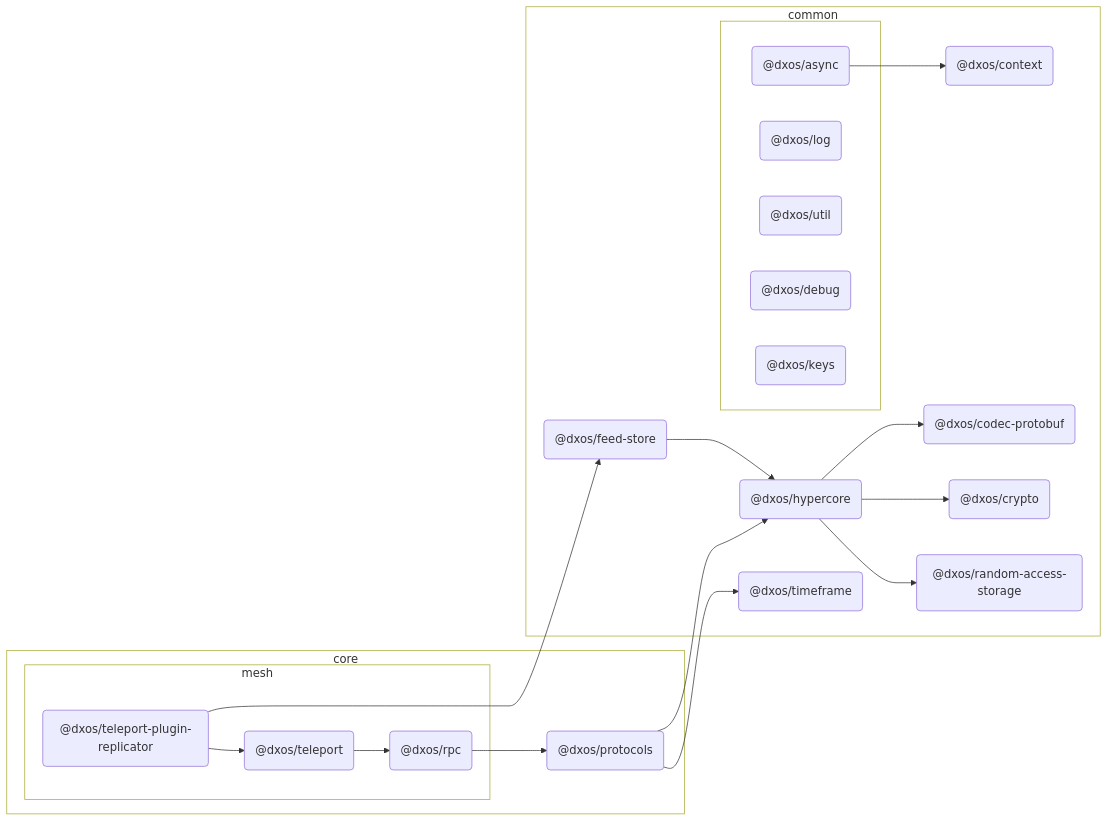
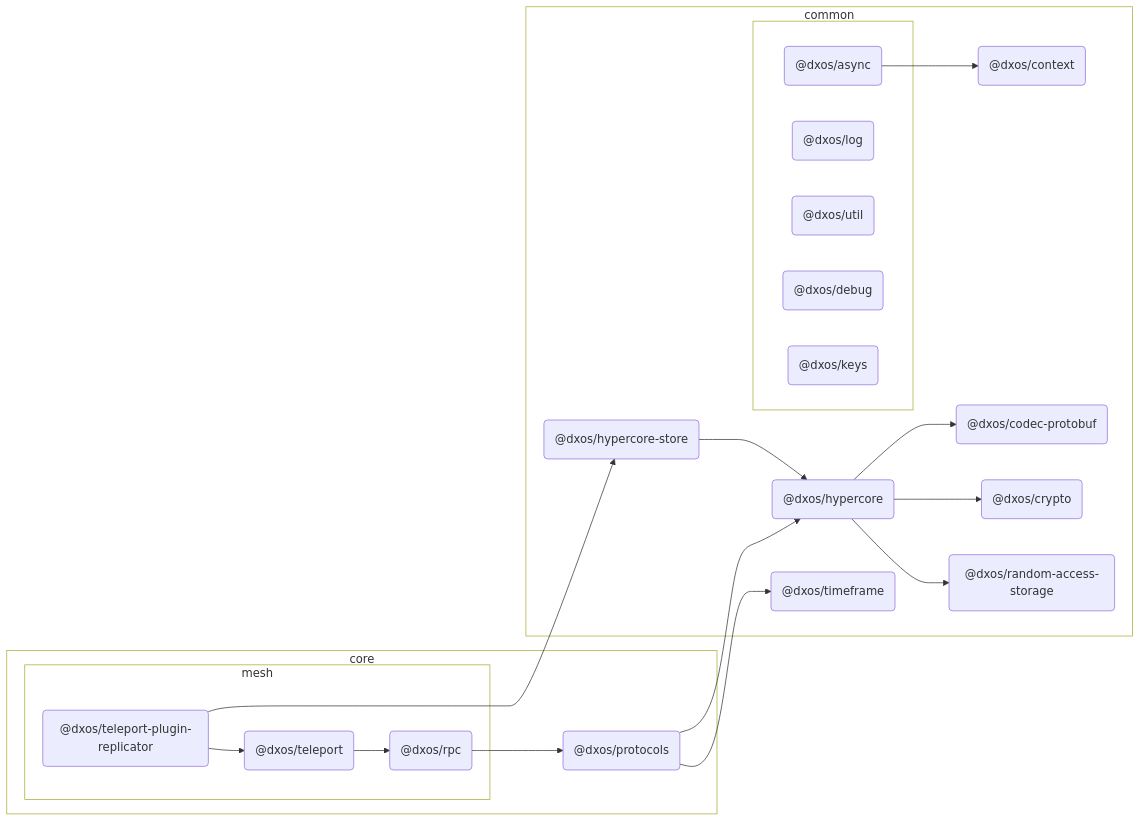
Before and after one commit to dxos/dxos: the diagram in packages/core/mesh/teleport-extension-replicator/docs/README.md, drawn with Mermaid. The commit also changed other lines of this file and 102 other files, not shown here.

First line of the commit message:
hypercore-store: rename hypercore feed naming to hypercore

````diff
--- a/packages/core/mesh/teleport-extension-replicator/docs/README.md
+++ b/packages/core/mesh/teleport-extension-replicator/docs/README.md
@@ -7,72 +7,72 @@
 ```mermaid
 %%{ init: {'flowchart':{'curve':'basis'}} }%%
 
 flowchart LR
 
 %% Classes
 
 
 
 %% Nodes
 
 subgraph core [core]
   style core fill:transparent
   dxos/protocols("@dxos/protocols"):::def
   click dxos/protocols "dxos/dxos/tree/main/packages/core/protocols/docs"
 
   subgraph mesh [mesh]
     style mesh fill:transparent
     dxos/teleport-plugin-replicator("@dxos/teleport-plugin-replicator"):::root
     click dxos/teleport-plugin-replicator "dxos/dxos/tree/main/packages/core/mesh/teleport-plugin-replicator/docs"
     dxos/rpc("@dxos/rpc"):::def
     click dxos/rpc "dxos/dxos/tree/main/packages/core/mesh/rpc/docs"
     dxos/teleport("@dxos/teleport"):::def
     click dxos/teleport "dxos/dxos/tree/main/packages/core/mesh/teleport/docs"
   end
 end
 
 subgraph common [common]
   style common fill:transparent
   dxos/context("@dxos/context"):::def
   click dxos/context "dxos/dxos/tree/main/packages/common/context/docs"
-  dxos/feed-store("@dxos/feed-store"):::def
-  click dxos/feed-store "dxos/dxos/tree/main/packages/common/feed-store/docs"
+  dxos/hypercore-store("@dxos/hypercore-store"):::def
+  click dxos/hypercore-store "dxos/dxos/tree/main/packages/common/hypercore-store/docs"
   dxos/codec-protobuf("@dxos/codec-protobuf"):::def
   click dxos/codec-protobuf "dxos/dxos/tree/main/packages/common/codec-protobuf/docs"
   dxos/crypto("@dxos/crypto"):::def
   click dxos/crypto "dxos/dxos/tree/main/packages/common/crypto/docs"
   dxos/hypercore("@dxos/hypercore"):::def
   click dxos/hypercore "dxos/dxos/tree/main/packages/common/hypercore/docs"
   dxos/random-access-storage("@dxos/random-access-storage"):::def
   click dxos/random-access-storage "dxos/dxos/tree/main/packages/common/random-access-storage/docs"
   dxos/timeframe("@dxos/timeframe"):::def
   click dxos/timeframe "dxos/dxos/tree/main/packages/common/timeframe/docs"
 
   subgraph _ [ ]
     style _ fill:transparent
     dxos/async("@dxos/async"):::def
     click dxos/async "dxos/dxos/tree/main/packages/common/async/docs"
     dxos/log("@dxos/log"):::def
     click dxos/log "dxos/dxos/tree/main/packages/common/log/docs"
     dxos/util("@dxos/util"):::def
     click dxos/util "dxos/dxos/tree/main/packages/common/util/docs"
     dxos/debug("@dxos/debug"):::def
     click dxos/debug "dxos/dxos/tree/main/packages/common/debug/docs"
     dxos/keys("@dxos/keys"):::def
     click dxos/keys "dxos/dxos/tree/main/packages/common/keys/docs"
   end
 end
 
 %% Links
 dxos/async --> dxos/context
-dxos/teleport-plugin-replicator --> dxos/feed-store
-dxos/feed-store --> dxos/hypercore
+dxos/teleport-plugin-replicator --> dxos/hypercore-store
+dxos/hypercore-store --> dxos/hypercore
 dxos/hypercore --> dxos/codec-protobuf
 dxos/hypercore --> dxos/crypto
 dxos/hypercore --> dxos/random-access-storage
 dxos/protocols --> dxos/hypercore
 dxos/protocols --> dxos/timeframe
 dxos/rpc --> dxos/protocols
 dxos/teleport-plugin-replicator --> dxos/teleport
 dxos/teleport --> dxos/rpc
 ```
````
